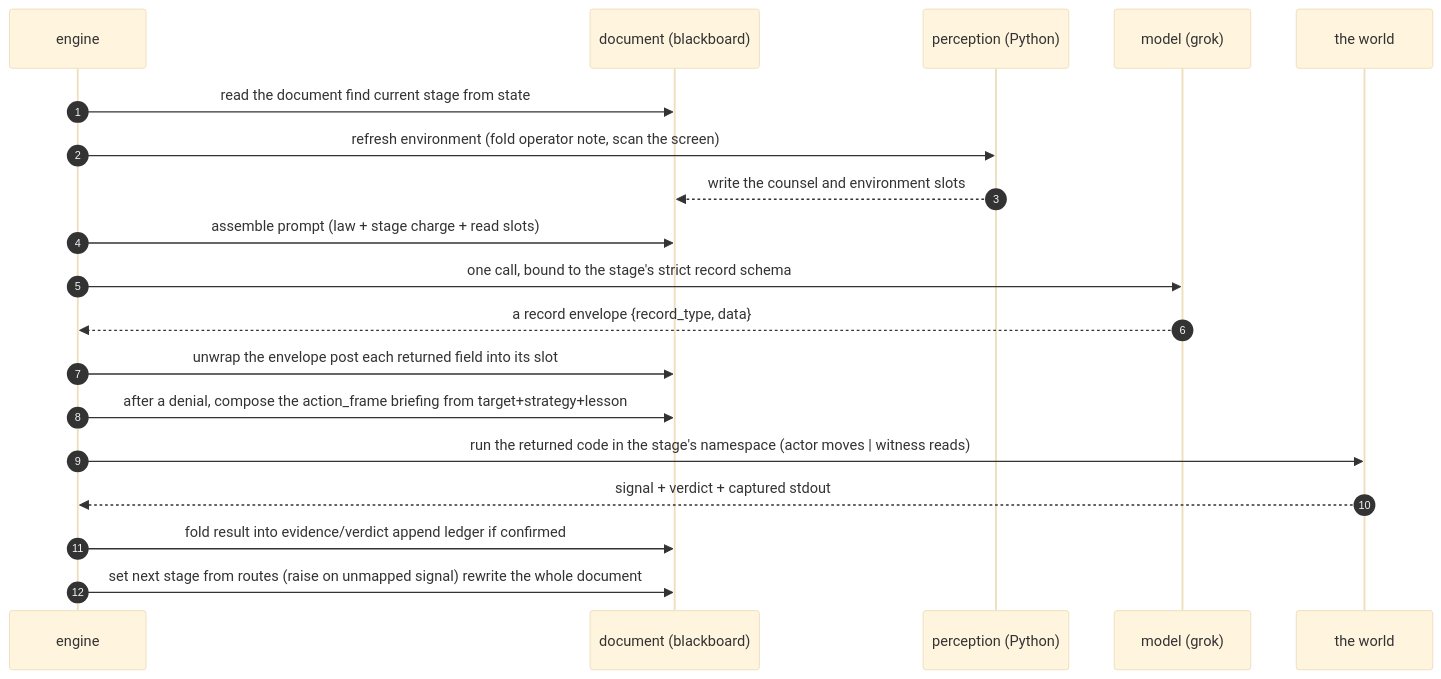
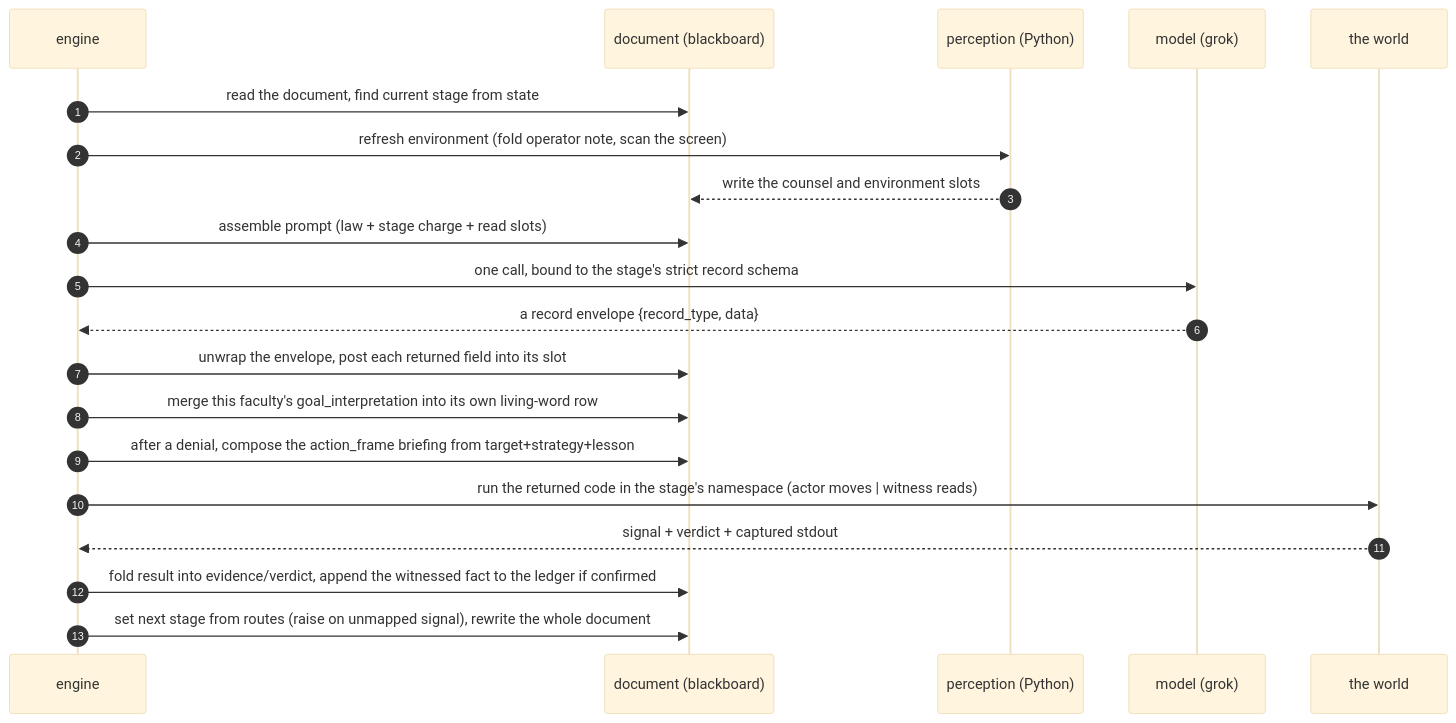
One commit to wgabrys88/endgame-ai changed the diagram in README.md. Above: the diagram before and after it, drawn with Mermaid (base theme). The commit also changed other lines of this file, not shown here.

````diff
--- a/README.md
+++ b/README.md
@@ -215,24 +217,23 @@
 ```mermaid
 sequenceDiagram
-
     autonumber
-
     participant E as engine
     participant B as document (blackboard)
     participant P as perception (Python)
     participant M as model (grok)
     participant W as the world
 
-    E->>B: read the document find current stage from state
+    E->>B: read the document, find current stage from state
     E->>P: refresh environment (fold operator note, scan the screen)
     P-->>B: write the counsel and environment slots
     E->>B: assemble prompt (law + stage charge + read slots)
     E->>M: one call, bound to the stage's strict record schema
     M-->>E: a record envelope {record_type, data}
-    E->>B: unwrap the envelope post each returned field into its slot
+    E->>B: unwrap the envelope, post each returned field into its slot
+    E->>B: merge this faculty's goal_interpretation into its own living-word row
     E->>B: after a denial, compose the action_frame briefing from target+strategy+lesson
     E->>W: run the returned code in the stage's namespace (actor moves | witness reads)
     W-->>E: signal + verdict + captured stdout
-    E->>B: fold result into evidence/verdict append ledger if confirmed
-    E->>B: set next stage from routes (raise on unmapped signal) rewrite the whole document
+    E->>B: fold result into evidence/verdict, append the witnessed fact to the ledger if confirmed
+    E->>B: set next stage from routes (raise on unmapped signal), rewrite the whole document
 ```
````
